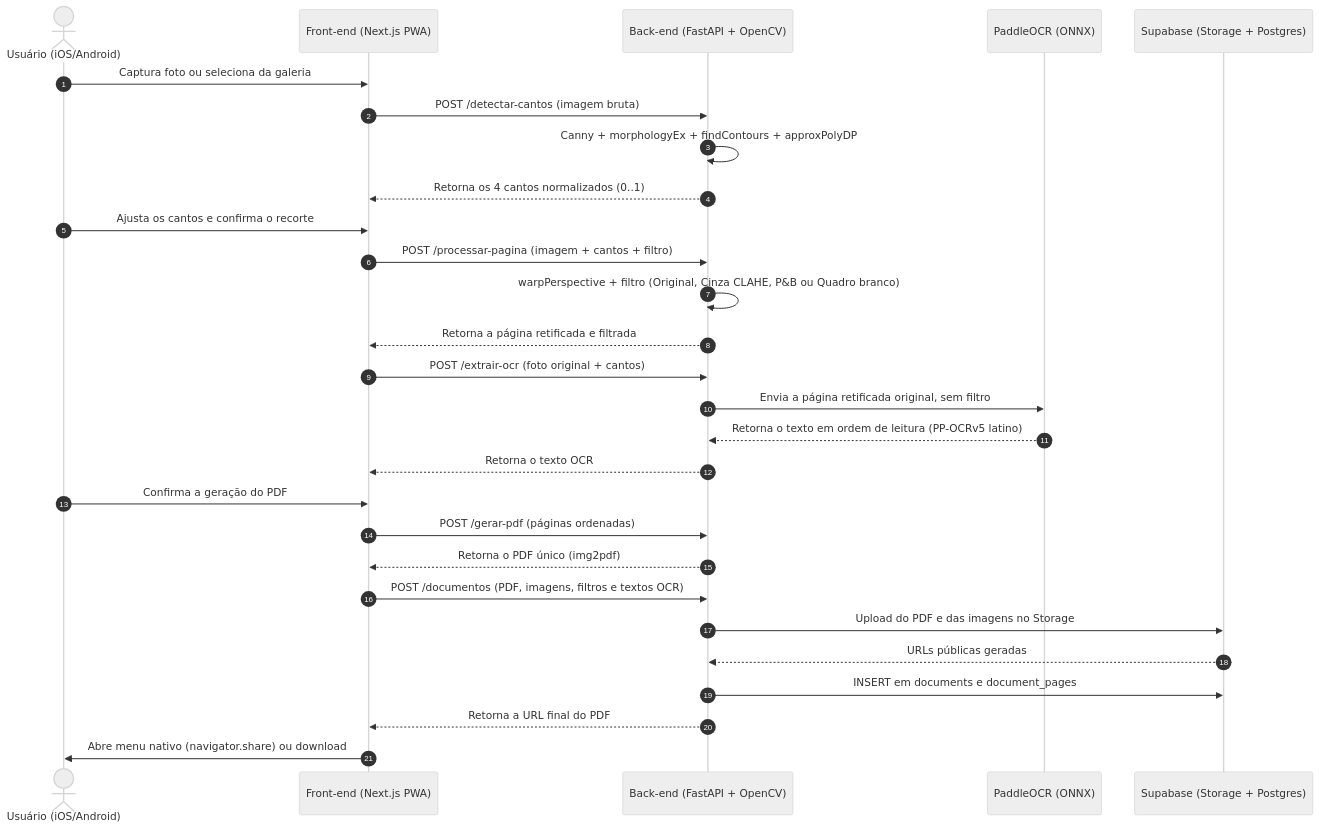
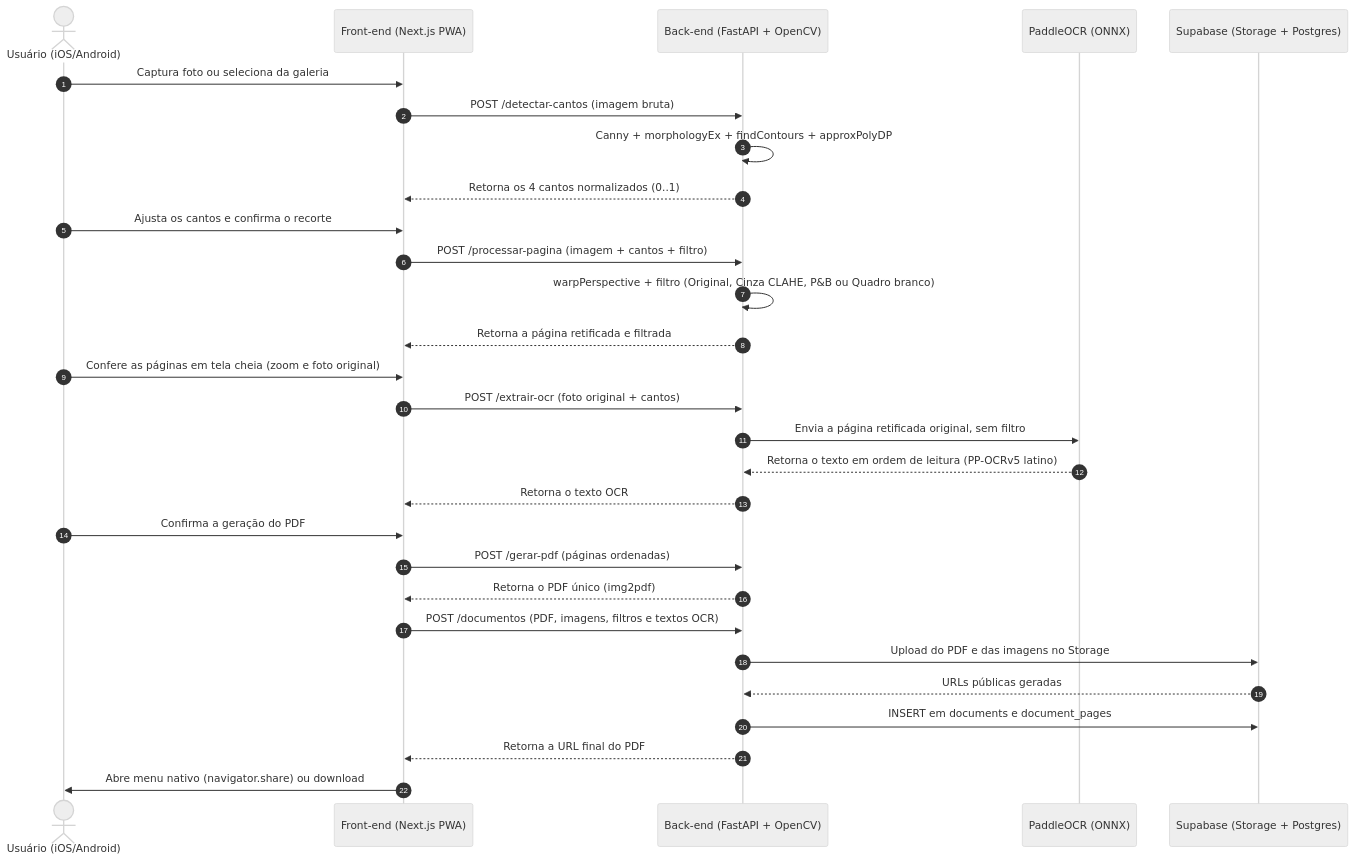
Before and after one commit to Gustavogconte/miniscan-desafio: the second of 3 diagrams in docs/documentacao_miniscan.md, drawn with Mermaid (neutral theme). The commit also changed other lines of this file and 3 other files, not shown here.

````diff
--- a/docs/documentacao_miniscan.md
+++ b/docs/documentacao_miniscan.md
@@ -67,31 +74,32 @@
 ```mermaid
 sequenceDiagram
     autonumber
     actor U as Usuário (iOS/Android)
     participant PWA as Front-end (Next.js PWA)
     participant API as Back-end (FastAPI + OpenCV)
     participant OCR as PaddleOCR (ONNX)
     participant SB as Supabase (Storage + Postgres)
 
     U->>PWA: Captura foto ou seleciona da galeria
     PWA->>API: POST /detectar-cantos (imagem bruta)
     API->>API: Canny + morphologyEx + findContours + approxPolyDP
     API-->>PWA: Retorna os 4 cantos normalizados (0..1)
     U->>PWA: Ajusta os cantos e confirma o recorte
     PWA->>API: POST /processar-pagina (imagem + cantos + filtro)
     API->>API: warpPerspective + filtro (Original, Cinza CLAHE, P&B ou Quadro branco)
     API-->>PWA: Retorna a página retificada e filtrada
+    U->>PWA: Confere as páginas em tela cheia (zoom e foto original)
     PWA->>API: POST /extrair-ocr (foto original + cantos)
     API->>OCR: Envia a página retificada original, sem filtro
     OCR-->>API: Retorna o texto em ordem de leitura (PP-OCRv5 latino)
     API-->>PWA: Retorna o texto OCR
     U->>PWA: Confirma a geração do PDF
     PWA->>API: POST /gerar-pdf (páginas ordenadas)
     API-->>PWA: Retorna o PDF único (img2pdf)
     PWA->>API: POST /documentos (PDF, imagens, filtros e textos OCR)
     API->>SB: Upload do PDF e das imagens no Storage
     SB-->>API: URLs públicas geradas
     API->>SB: INSERT em documents e document_pages
     API-->>PWA: Retorna a URL final do PDF
     PWA->>U: Abre menu nativo (navigator.share) ou download
 ```
````
